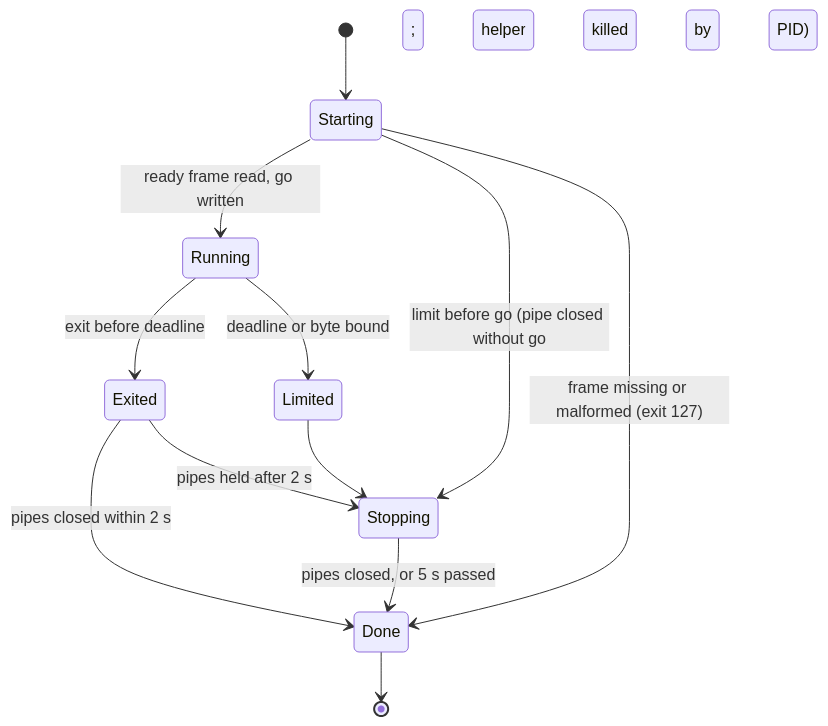
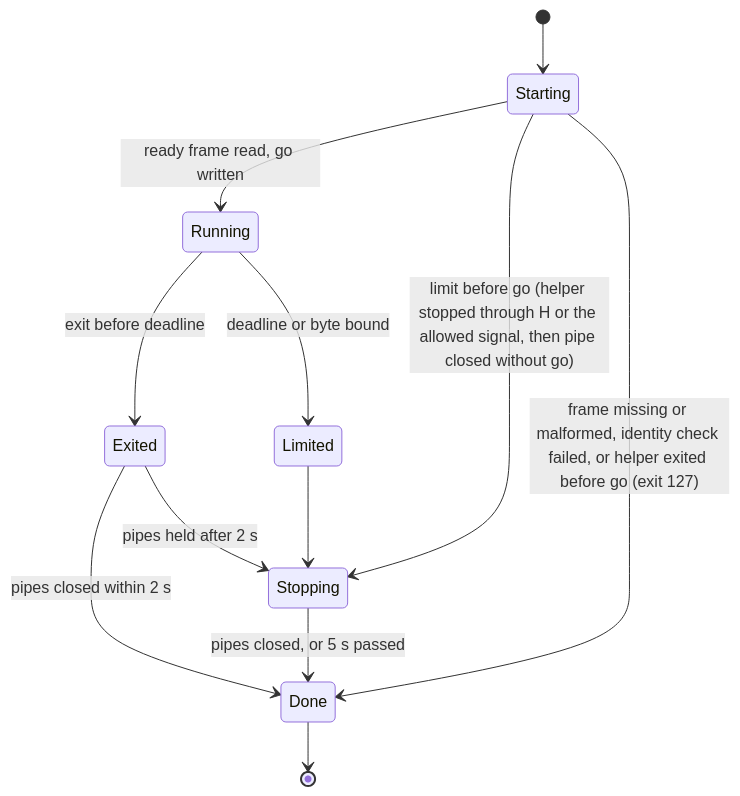
Before and after one commit to sh1ny/specwright: the third of 4 diagrams in openspec/changes/native-cli-spike/design.md, drawn with Mermaid. The commit also changed other lines of this file and 6 other files, not shown here.

````diff
--- a/openspec/changes/native-cli-spike/design.md
+++ b/openspec/changes/native-cli-spike/design.md
@@ -249,14 +259,14 @@
 ```mermaid
 stateDiagram-v2
   [*] --> Starting
   Starting --> Running: ready frame read, go written
-  Starting --> Stopping: limit before go (pipe closed without go; helper killed by PID)
-  Starting --> Done: frame missing or malformed (exit 127)
+  Starting --> Stopping: limit before go (helper stopped through H or the allowed signal, then pipe closed without go)
+  Starting --> Done: frame missing or malformed, identity check failed, or helper exited before go (exit 127)
   Running --> Exited: exit before deadline
   Running --> Limited: deadline or byte bound
   Exited --> Done: pipes closed within 2 s
   Exited --> Stopping: pipes held after 2 s
   Limited --> Stopping
   Stopping --> Done: pipes closed, or 5 s passed
   Done --> [*]
 ```
````
